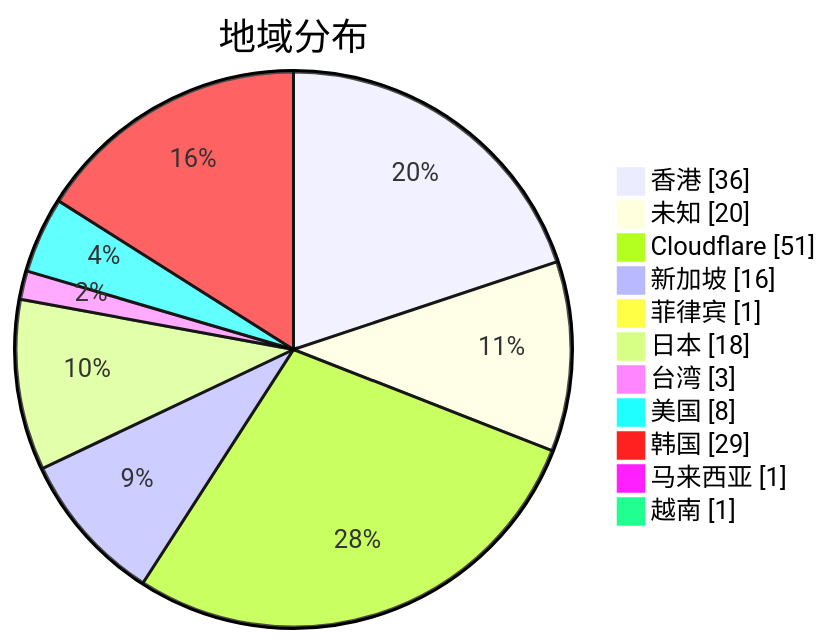
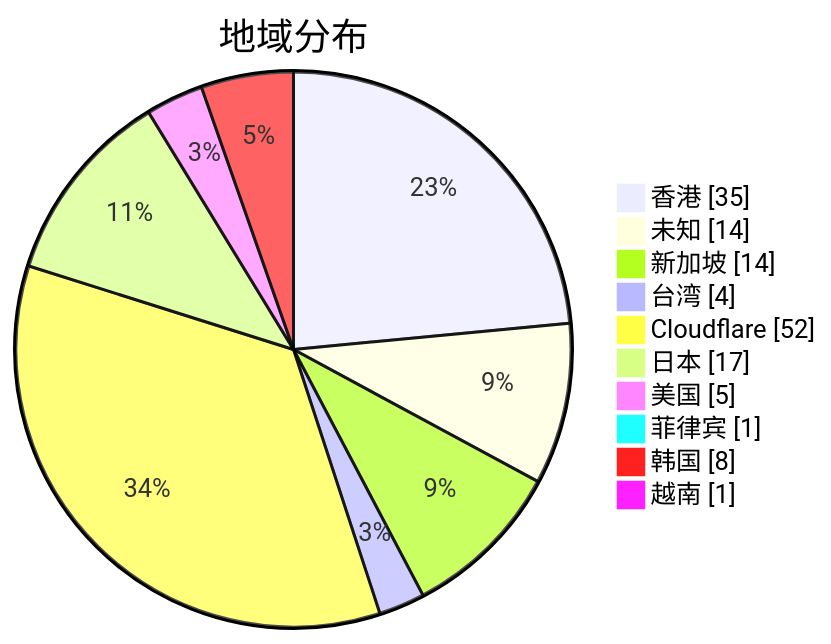
The second of 3 diagrams in subs/statistics/tested_within.md (qjlxg/airport), drawn with Mermaid before and after one commit. The commit also changed other lines of this file and 2 other files, not shown here.

````diff
--- a/subs/statistics/tested_within.md
+++ b/subs/statistics/tested_within.md
@@ -12,15 +12,14 @@
 ```mermaid
 pie showData
 title 地域分布
-"香港" : 36
-"未知" : 20
-"Cloudflare" : 51
-"新加坡" : 16
+"香港" : 35
+"未知" : 14
+"新加坡" : 14
+"台湾" : 4
+"Cloudflare" : 52
+"日本" : 17
+"美国" : 5
 "菲律宾" : 1
-"日本" : 18
-"台湾" : 3
-"美国" : 8
-"韩国" : 29
-"马来西亚" : 1
+"韩国" : 8
 "越南" : 1
 ```
````
